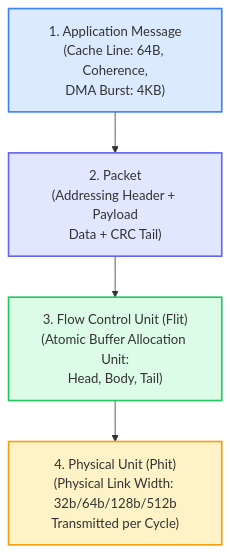
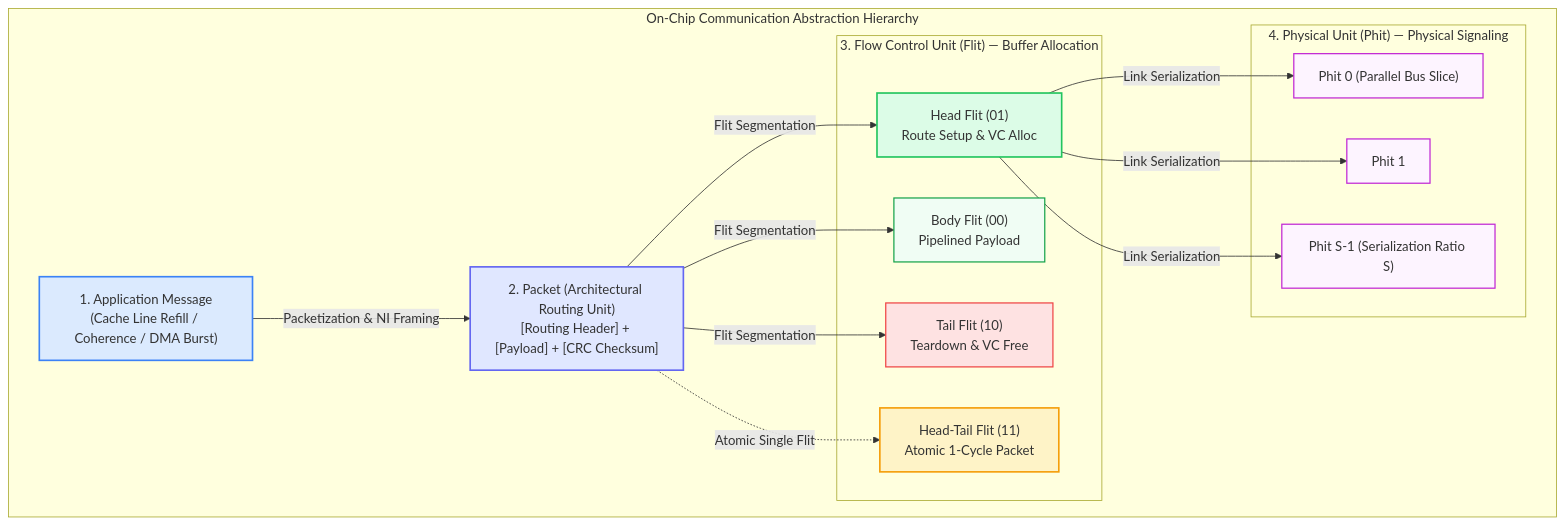
One commit to network-on-chip/learning changed the first of 2 diagrams in docs/textbook/ch02-switching-flow-control/index.md. Above: the diagram before and after it, drawn with Mermaid. The commit also changed other lines of this file and 1 other file, not shown here.

Commit message:
docs(ch02): wrap flowchart text and update book.pdf

````diff
--- a/docs/textbook/ch02-switching-flow-control/index.md
+++ b/docs/textbook/ch02-switching-flow-control/index.md
@@ -14,11 +16,40 @@
 ```mermaid
 graph TD
-  Msg["1. Application Message<br/>(Cache Line: 64B, Coherence,<br/>DMA Burst: 4KB)"] --> Pkt["2. Packet<br/>(Addressing Header + Payload<br/>Data + CRC Tail)"]
-  Pkt --> Flit["3. Flow Control Unit (Flit)<br/>(Atomic Buffer Allocation Unit:<br/>Head, Body, Tail)"]
-  Flit --> Phit["4. Physical Unit (Phit)<br/>(Physical Link Width: 32b/64b/128b/512b<br/>Transmitted per Cycle)"]
+  subgraph Data_Hierarchy ["On-Chip Communication Abstraction Hierarchy"]
+    Msg["1. Application Message<br/>(Cache Line Refill / Coherence / DMA Burst)"]
+    
+    Pkt["2. Packet (Architectural Routing Unit)<br/>[Routing Header] + [Payload] + [CRC Checksum]"]
+    
+    subgraph Flit_Tier ["3. Flow Control Unit (Flit) — Buffer Allocation"]
+      Flit_Head["Head Flit (01)<br/>Route Setup &amp; VC Alloc"]
+      Flit_Body["Body Flit (00)<br/>Pipelined Payload"]
+      Flit_Tail["Tail Flit (10)<br/>Teardown &amp; VC Free"]
+      Flit_HT["Head-Tail Flit (11)<br/>Atomic 1-Cycle Packet"]
+    end
+    
+    subgraph Phit_Tier ["4. Physical Unit (Phit) — Physical Signaling"]
+      Phit1["Phit 0 (Parallel Bus Slice)"]
+      Phit2["Phit 1"]
+      PhitN["Phit S-1 (Serialization Ratio S)"]
+    end
+
+    Msg -->|Packetization & NI Framing| Pkt
+    Pkt -->|Flit Segmentation| Flit_Head
+    Pkt -->|Flit Segmentation| Flit_Body
+    Pkt -->|Flit Segmentation| Flit_Tail
+    Pkt -.->|Atomic Single Flit| Flit_HT
+    Flit_Head -->|Link Serialization| Phit1
+    Flit_Head -->|Link Serialization| Phit2
+    Flit_Head -->|Link Serialization| PhitN
+  end
 
   style Msg fill:#dbeafe,stroke:#3b82f6,stroke-width:2px;
   style Pkt fill:#e0e7ff,stroke:#6366f1,stroke-width:2px;
-  style Flit fill:#dcfce7,stroke:#22c55e,stroke-width:2px;
-  style Phit fill:#fef3c7,stroke:#f59e0b,stroke-width:2px;
+  style Flit_Head fill:#dcfce7,stroke:#22c55e,stroke-width:2px;
+  style Flit_Body fill:#f0fdf4,stroke:#16a34a,stroke-width:1.5px;
+  style Flit_Tail fill:#fee2e2,stroke:#ef4444,stroke-width:1.5px;
+  style Flit_HT fill:#fef3c7,stroke:#f59e0b,stroke-width:2px;
+  style Phit1 fill:#fdf4ff,stroke:#c026d3,stroke-width:1.5px;
+  style Phit2 fill:#fdf4ff,stroke:#c026d3,stroke-width:1.5px;
+  style PhitN fill:#fdf4ff,stroke:#c026d3,stroke-width:1.5px;
 ```
````
